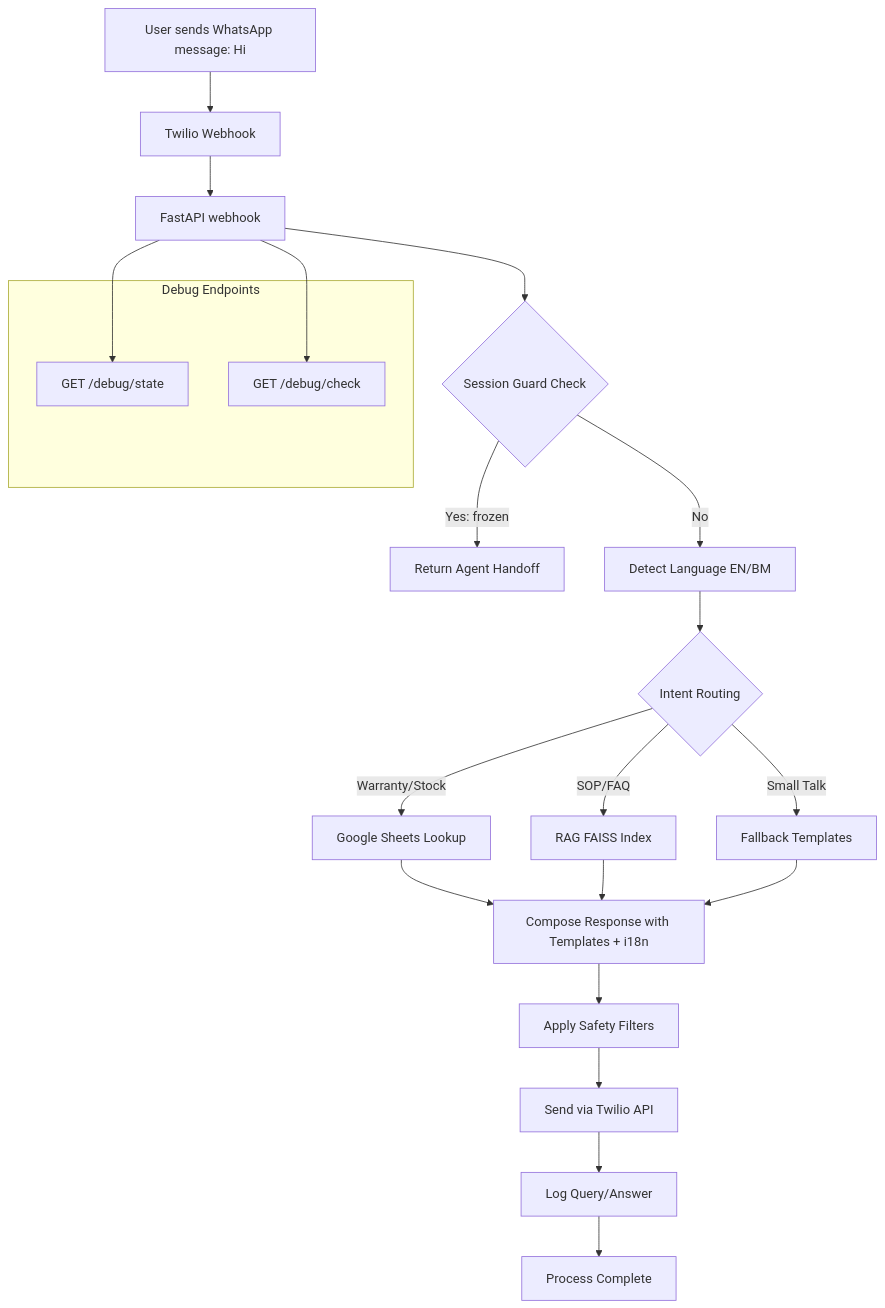
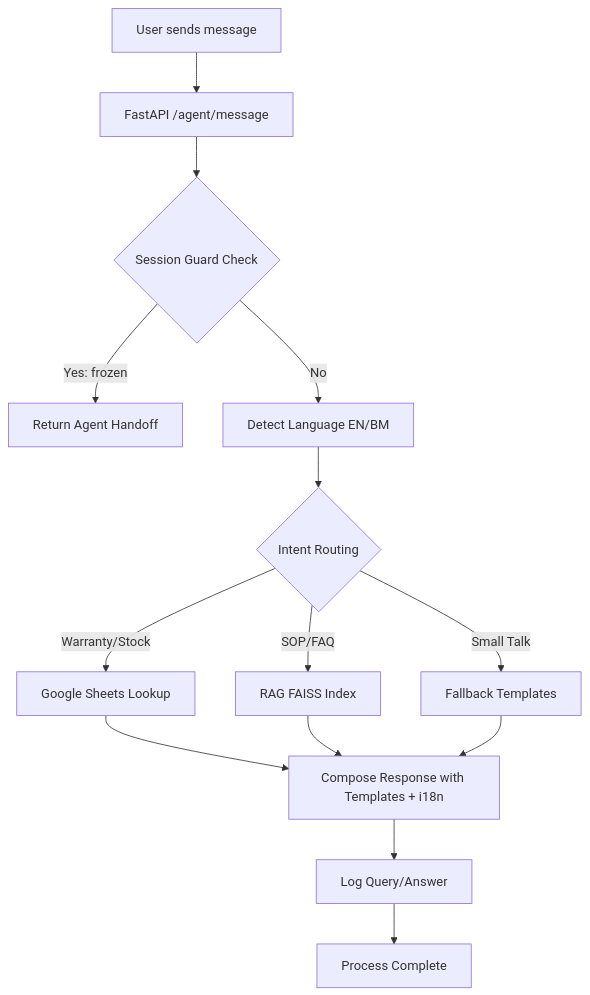
The diagram in README.md (kommuai/kai), drawn with Mermaid before and after one commit. The commit also changed other lines of this file and 5 other files, not shown here.

````diff
--- a/README.md
+++ b/README.md
@@ -151,29 +139,19 @@
 ```mermaid
 flowchart TD
-    A[User sends WhatsApp message: Hi] --> B[Twilio Webhook]
-    B --> C[FastAPI webhook]
+    A[User sends message] --> C[FastAPI /agent/message]
     C --> D{Session Guard Check}
     D -->|Yes: frozen| E[Return Agent Handoff]
     D -->|No| F[Detect Language EN/BM]
     F --> G{Intent Routing}
     G -->|Warranty/Stock| H[Google Sheets Lookup]
     G -->|SOP/FAQ| I[RAG FAISS Index]
     G -->|Small Talk| J[Fallback Templates]
     H --> K[Compose Response with Templates + i18n]
     I --> K
     J --> K
-    K --> L[Apply Safety Filters]
-    L --> M[Send via Twilio API]
-    M --> N[Log Query/Answer]
+    K --> N[Log Query/Answer]
     N --> O[Process Complete]
-
-    subgraph Debug Endpoints
-        P[GET /debug/state]
-        Q[GET /debug/check]
-    end
-    C --> P
-    C --> Q
 
 
    
 ```
````
